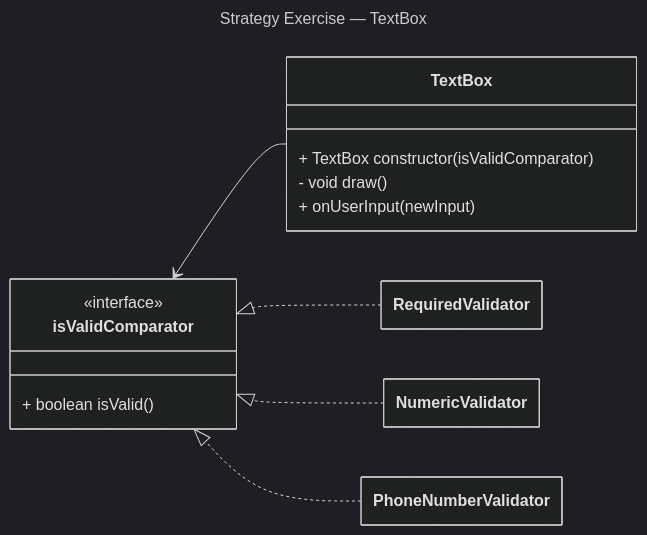
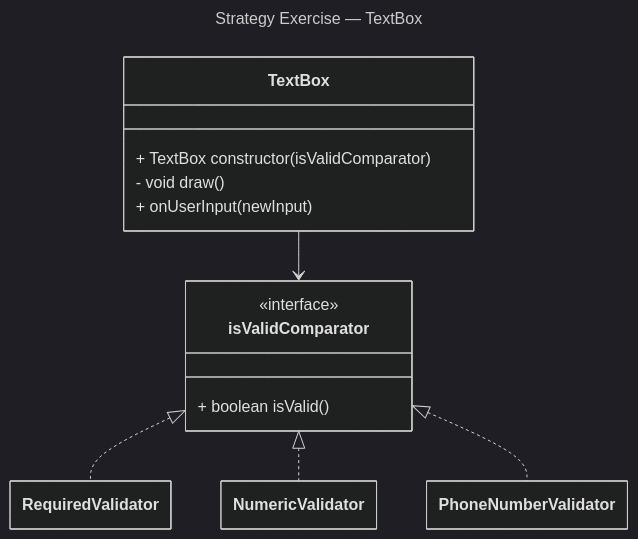
The first of 2 diagrams in strategy-exercise.md (frozenfrank/cs340-assignments), drawn with Mermaid (dark theme) before and after one commit.

Commit message:
Fix rendering of TextBox

````diff
--- a/strategy-exercise.md
+++ b/strategy-exercise.md
@@ -9,24 +9,24 @@
 ```mermaid
 ---
 title: Strategy Exercise — TextBox
 config:
   class:
     hideEmptyMembersBox: true
 ---
 classDiagram
-direction RL
+direction TB
 
 class isValidComparator {
   <<interface>>
   + boolean isValid()
 }
 
 TextBox : + TextBox constructor(isValidComparator)
 TextBox : - void draw()
 TextBox : + onUserInput(newInput)
 TextBox --> isValidComparator
 
-RequiredValidator ..|> isValidComparator
-NumericValidator ..|> isValidComparator
-PhoneNumberValidator ..|> isValidComparator
+isValidComparator <|.. RequiredValidator
+isValidComparator <|.. NumericValidator
+isValidComparator <|.. PhoneNumberValidator
 ```
````
